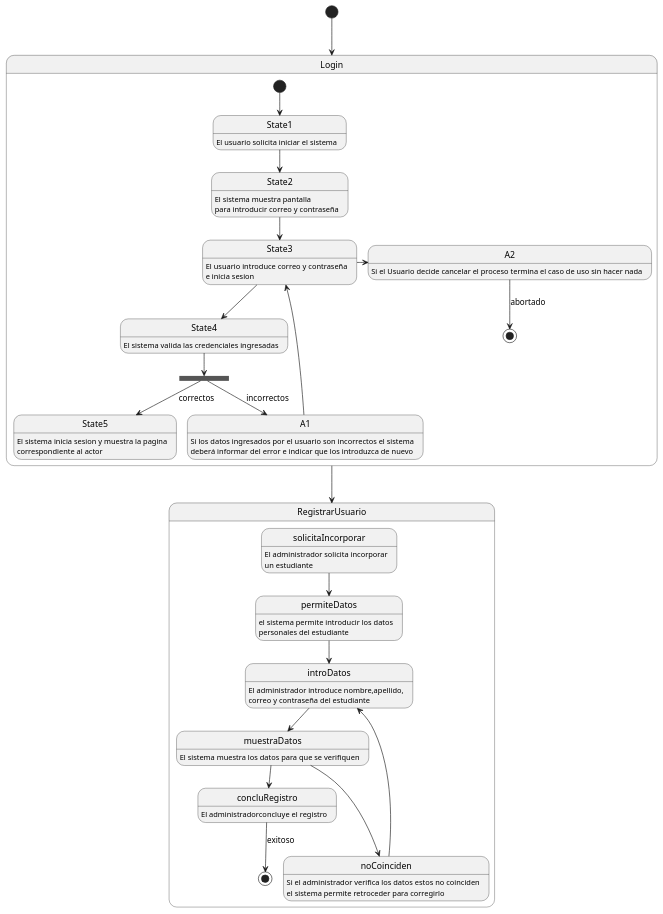
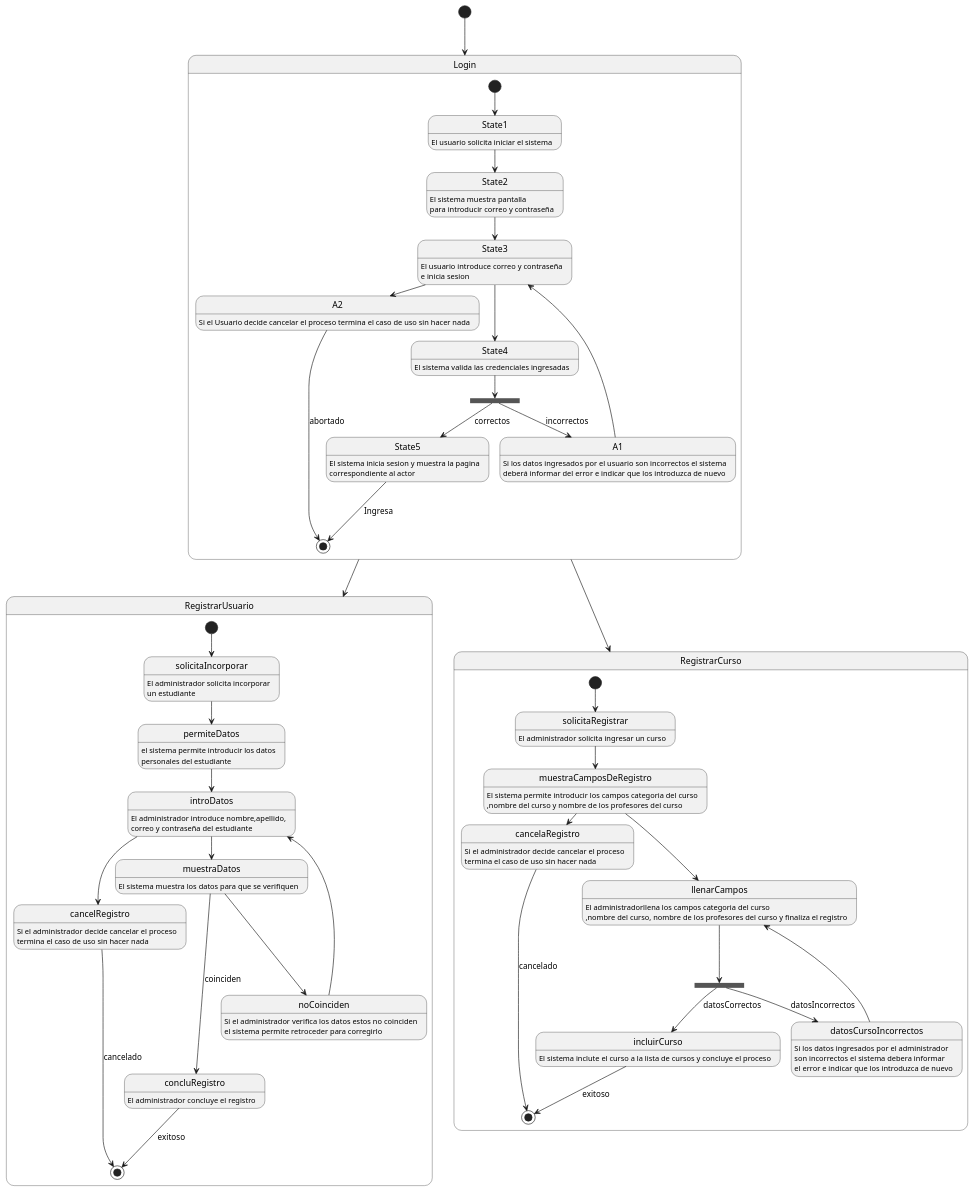
One commit to febres35/EdTech_IS changed the diagram in docs/scenariosView/diagramaEstado.plantuml. Above: the diagram before and after it, drawn with PlantUML.

Commit message:
añadido registrar curso

```diff
--- a/docs/scenariosView/diagramaEstado.plantuml
+++ b/docs/scenariosView/diagramaEstado.plantuml
@@ -1,48 +1,83 @@
 @startuml
 [*]-->Login
 state Login{
     [*]-->State1
     State1:El usuario solicita iniciar el sistema
     State1-->State2
     State2:El sistema muestra pantalla
     State2:para introducir correo y contraseña
     State2-->State3
     State3:El usuario introduce correo y contraseña
     State3:e inicia sesion
     State3-->State4
     State4:El sistema valida las credenciales ingresadas
     State5:El sistema inicia sesion y muestra la pagina
     State5:correspondiente al actor
     A1:Si los datos ingresados por el usuario son incorrectos el sistema
     A1:deberá informar del error e indicar que los introduzca de nuevo
     state validacion<<fork>>
     State4-->validacion
     validacion-->State5 :correctos
     validacion-->A1 :incorrectos
     A1-->State3
     State3->A2
     A2-->[*]:abortado
     A2:Si el Usuario decide cancelar el proceso termina el caso de uso sin hacer nada
+    State5--->[*]:Ingresa
 }
 
 state RegistrarUsuario{
+    [*]-->solicitaIncorporar
     solicitaIncorporar:El administrador solicita incorporar
     solicitaIncorporar:un estudiante
     solicitaIncorporar-->permiteDatos
     permiteDatos:el sistema permite introducir los datos
     permiteDatos:personales del estudiante
     introDatos:El administrador introduce nombre,apellido,
     introDatos:correo y contraseña del estudiante
     permiteDatos-->introDatos
     muestraDatos:El sistema muestra los datos para que se verifiquen
     introDatos-->muestraDatos
-    concluRegistro:El administradorconcluye el registro
-    muestraDatos-->concluRegistro
+    concluRegistro:El administrador concluye el registro
+    muestraDatos---->concluRegistro :coinciden
     noCoinciden:Si el administrador verifica los datos estos no coinciden
     noCoinciden:el sistema permite retroceder para corregirlo
     muestraDatos--->noCoinciden
     noCoinciden-->introDatos
-    concluRegistro-->[*]:exitoso
+    cancelRegistro:Si el administrador decide cancelar el proceso
+    cancelRegistro:termina el caso de uso sin hacer nada
+    introDatos-->cancelRegistro
+    cancelRegistro-->[*]:cancelado
+    concluRegistro--->[*]:exitoso
 }
+
+
+state RegistrarCurso{
+[*]-->solicitaRegistrar
+solicitaRegistrar:El administrador solicita ingresar un curso
+muestraCamposDeRegistro:El sistema permite introducir los campos categoria del curso
+muestraCamposDeRegistro: ,nombre del curso y nombre de los profesores del curso
+solicitaRegistrar-->muestraCamposDeRegistro
+llenarCampos:El administradorllena los campos categoria del curso
+llenarCampos:,nombre del curso, nombre de los profesores del curso y finaliza el registro
+incluirCurso:El sistema inclute el curso a la lista de cursos y concluye el proceso
+muestraCamposDeRegistro-->llenarCampos
+state validarCurso <<fork>>
+llenarCampos--->validarCurso
+validarCurso-->incluirCurso :datosCorrectos
+datosCursoIncorrectos:Si los datos ingresados por el administrador
+datosCursoIncorrectos:  son incorrectos el sistema debera informar
+datosCursoIncorrectos: el error e indicar que los introduzca de nuevo
+validarCurso-->datosCursoIncorrectos :datosIncorrectos
+datosCursoIncorrectos-->llenarCampos
+cancelaRegistro:Si el administrador decide cancelar el proceso
+cancelaRegistro:termina el caso de uso sin hacer nada
+muestraCamposDeRegistro->cancelaRegistro
+cancelaRegistro--->[*]:cancelado
+incluirCurso-->[*]:exitoso
+
+}
+
 Login-->RegistrarUsuario
+Login-->RegistrarCurso
 @enduml
```
